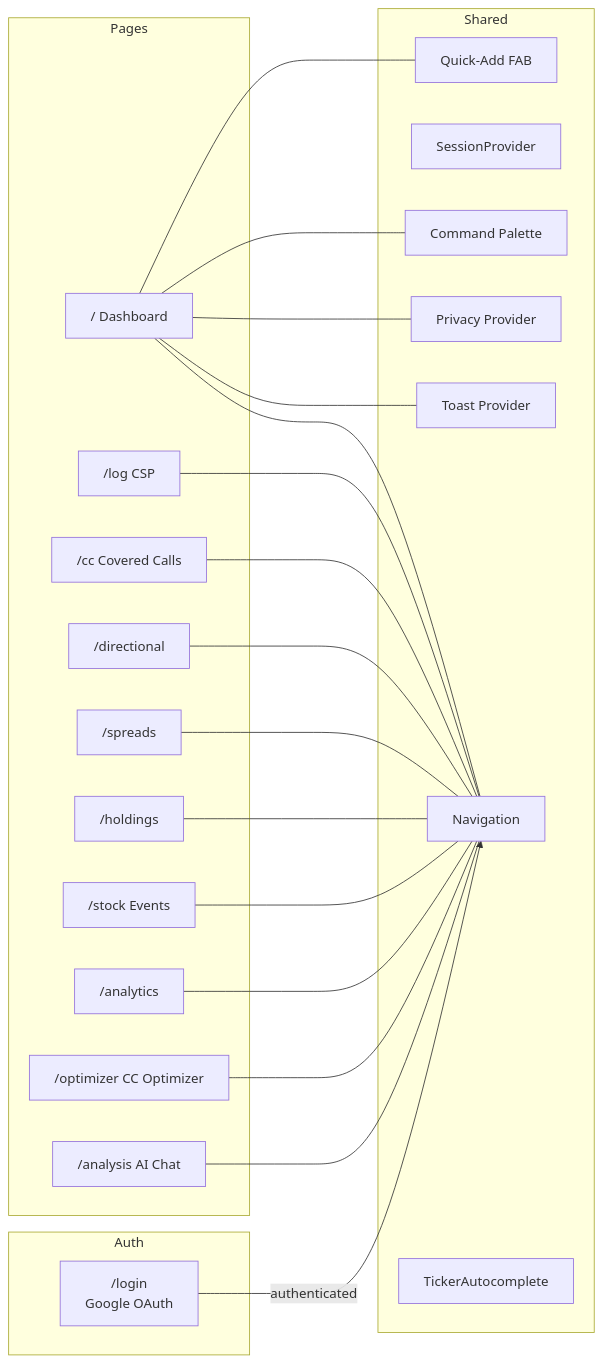
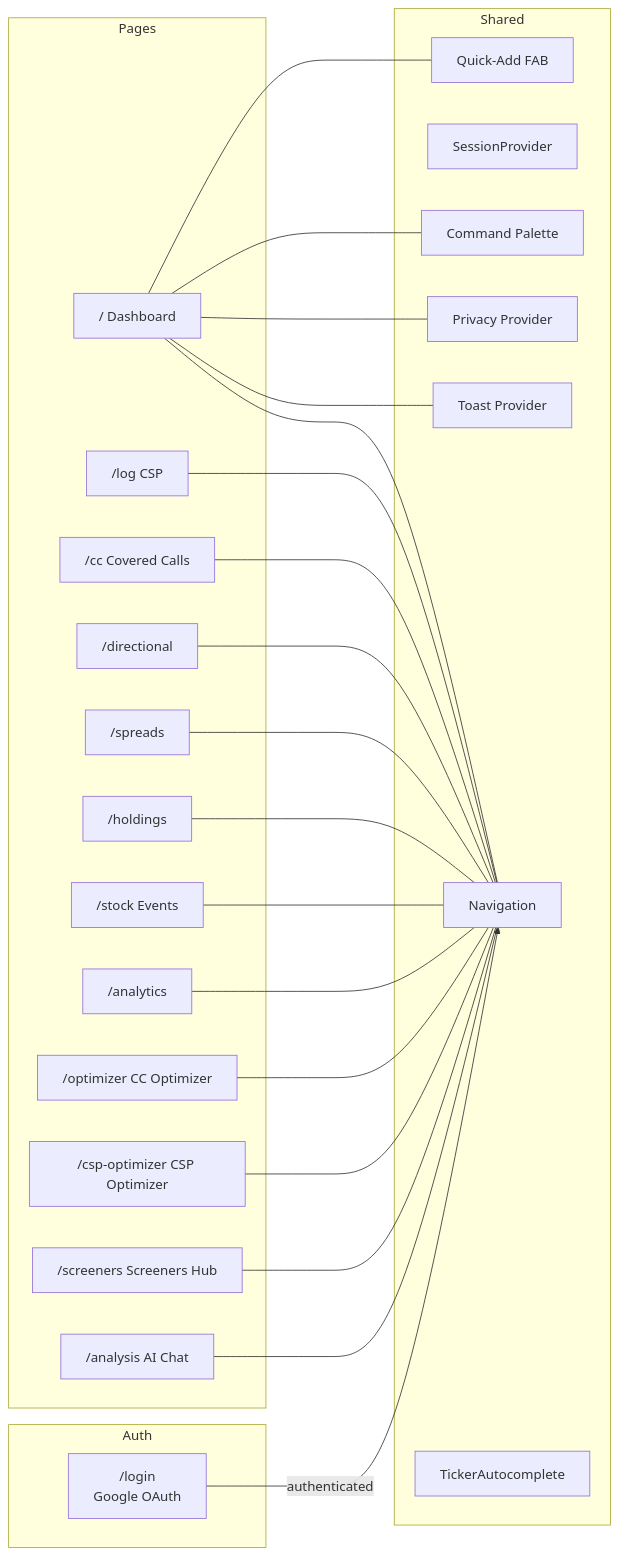
One commit to OptiTrade-AI/trading-dashboard changed the fifth of 9 diagrams in docs/architecture.md. Above: the diagram before and after it, drawn with Mermaid. The commit also changed other lines of this file and 75 other files, not shown here.

First line of the commit message:
Add CSP optimizer, screeners hub, and pipeline management (#30)

````diff
--- a/docs/architecture.md
+++ b/docs/architecture.md
@@ -133,46 +143,50 @@
 ```mermaid
 graph LR
     subgraph Pages
         D["/ Dashboard"]
         L["/log CSP"]
         CC["/cc Covered Calls"]
         DR["/directional"]
         SP["/spreads"]
         H["/holdings"]
         SE["/stock Events"]
         AN["/analytics"]
         OPT["/optimizer CC Optimizer"]
+        CSPO["/csp-optimizer CSP Optimizer"]
+        SCR["/screeners Screeners Hub"]
         AI["/analysis AI Chat"]
     end
 
     subgraph Auth
         Login["/login<br/>Google OAuth"]
     end
 
     subgraph Shared
         Nav["Navigation"]
         Session["SessionProvider"]
         Toast["Toast Provider"]
         Privacy["Privacy Provider"]
         CmdK["Command Palette"]
         FAB["Quick-Add FAB"]
         Ticker["TickerAutocomplete"]
     end
 
     Login -->|authenticated| Nav
 
     D --- Nav
     D --- Toast
     D --- Privacy
     D --- CmdK
     D --- FAB
     L --- Nav
     CC --- Nav
     DR --- Nav
     SP --- Nav
     H --- Nav
     SE --- Nav
     AN --- Nav
     OPT --- Nav
+    CSPO --- Nav
+    SCR --- Nav
     AI --- Nav
 ```
````
